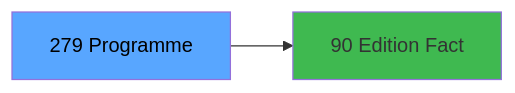
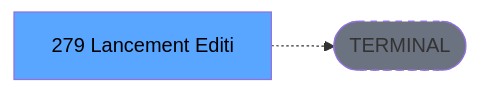
Before and after one commit to thonyAGP/lecteur-magic: the third of 3 diagrams in .openspec/specs/ADH-IDE-279.md, drawn with Mermaid. The commit also changed other lines of this file and 701 other files, not shown here.

````diff
--- a/.openspec/specs/ADH-IDE-279.md
+++ b/.openspec/specs/ADH-IDE-279.md
@@ -124,8 +134,8 @@
 ```mermaid
 graph LR
-    T[279 Programme]
-    C90[90 Edition Fact]
-    T --> C90
+    T[279 Lancement Editi]
+    TERM([TERMINAL])
+    T -.-> TERM
+    style TERM fill:#6b7280,stroke-dasharray: 5 5
     style T fill:#58a6ff,color:#000
-    style C90 fill:#3fb950
 ```
````
